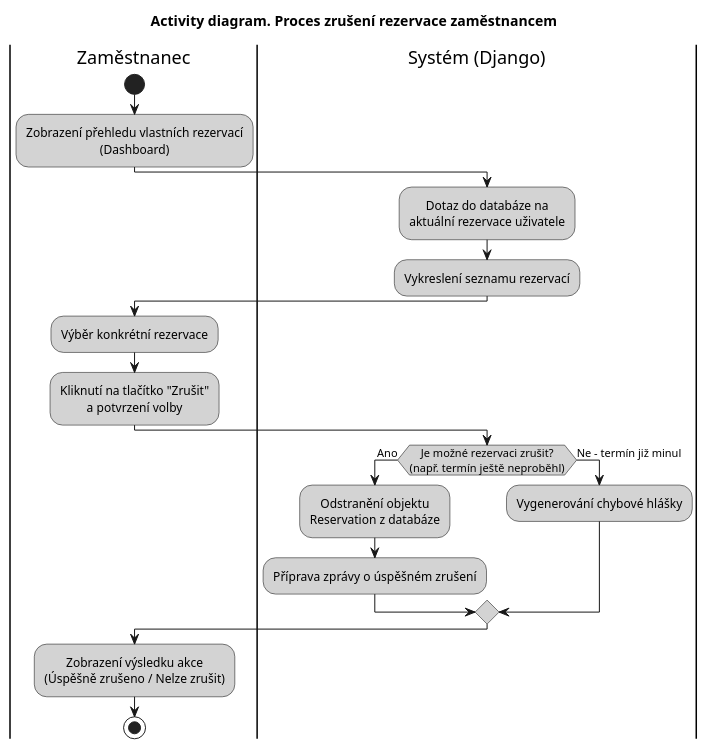
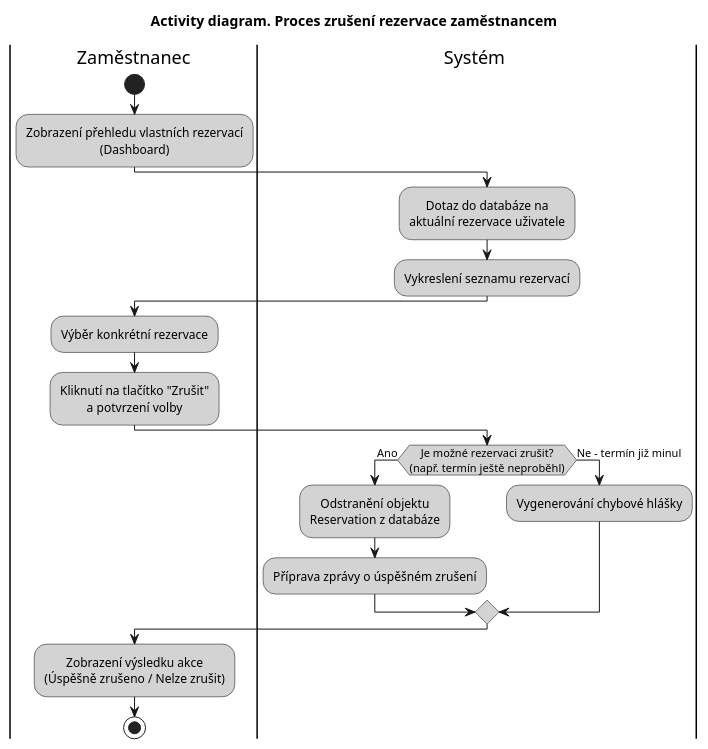
The diagram in docs/diagramy/activity-cancel-reservation.puml (AidenCze/SWI-Project), drawn with PlantUML before and after one commit. The commit also changed 5 other files, not shown here.

Commit message:
Refactor activity diagrams to remove references to Django and improve clarity

```diff
--- a/docs/diagramy/activity-cancel-reservation.puml
+++ b/docs/diagramy/activity-cancel-reservation.puml
@@ -1,37 +1,37 @@
 @startuml
 title Activity diagram. Proces zrušení rezervace zaměstnancem
 
 skinparam ActivityBackgroundColor LightGray
 skinparam ActivityBorderColor Black
 skinparam defaultTextAlignment center
 
 ' Definice plaveckých drah
 |Zaměstnanec|
-|Systém (Django)|
+|Systém |
 
 |Zaměstnanec|
 start
 :Zobrazení přehledu vlastních rezervací\n(Dashboard);
 
-|Systém (Django)|
+|Systém |
 :Dotaz do databáze na\naktuální rezervace uživatele;
 :Vykreslení seznamu rezervací;
 
 |Zaměstnanec|
 :Výběr konkrétní rezervace;
 :Kliknutí na tlačítko "Zrušit"\na potvrzení volby;
 
-|Systém (Django)|
+|Systém |
 ' Rozhodovací uzel pro kontrolu platnosti zrušení
 if (Je možné rezervaci zrušit?\n(např. termín ještě neproběhl)) then (Ano)
     :Odstranění objektu\nReservation z databáze;
     :Příprava zprávy o úspěšném zrušení;
 else (Ne - termín již minul)
     :Vygenerování chybové hlášky;
 endif
 
 ' Společné sjednocení čistě na frontendu (u zaměstnance)
 |Zaměstnanec|
 :Zobrazení výsledku akce\n(Úspěšně zrušeno / Nelze zrušit);
 stop
 @enduml
```
